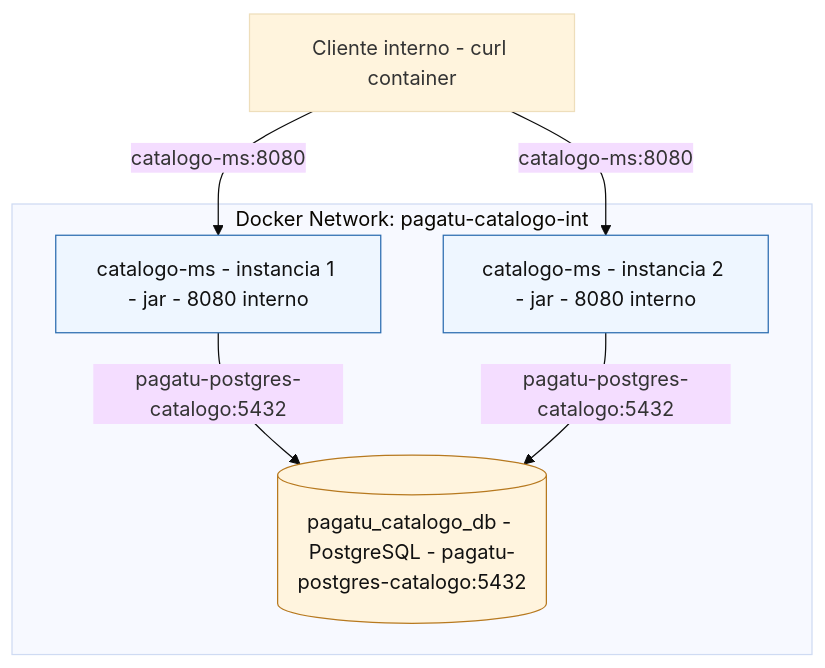
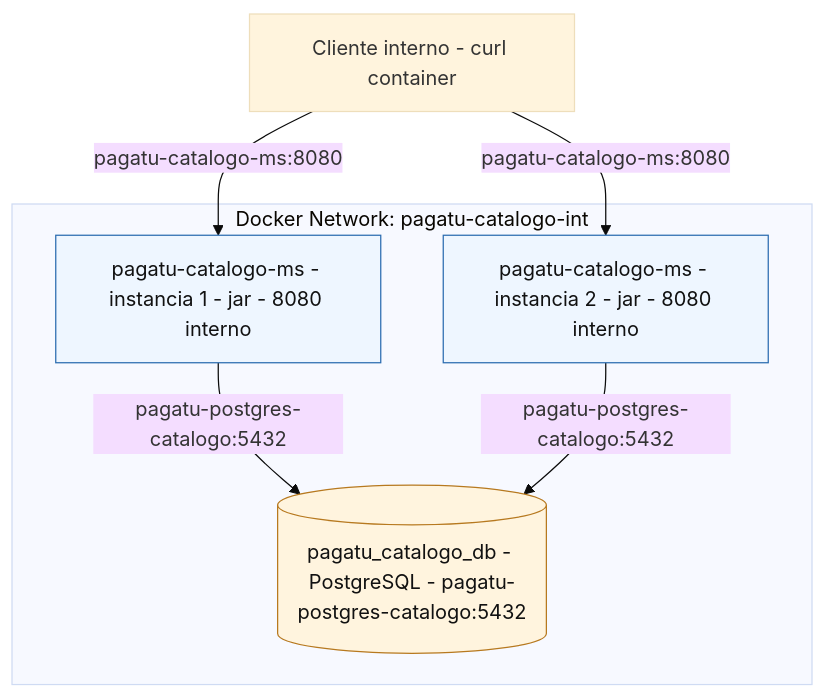
Before and after one commit to 262dist/pagatu: the fifth of 6 diagrams in docs/sesiones/S01_Construccion_Servicio_Base.md, drawn with Mermaid (base theme). The commit also changed other lines of this file and 13 other files, not shown here.

````diff
--- a/docs/sesiones/S01_Construccion_Servicio_Base.md
+++ b/docs/sesiones/S01_Construccion_Servicio_Base.md
@@ -208,19 +208,19 @@
 ```mermaid
 flowchart TB
     ProdClient["Cliente interno - curl container"]
     subgraph ProdDocker["Docker Network: pagatu-catalogo-int"]
-        ProdApp1["catalogo-ms - instancia 1 - jar - 8080 interno"]
-        ProdApp2["catalogo-ms - instancia 2 - jar - 8080 interno"]
+        ProdApp1["pagatu-catalogo-ms - instancia 1 - jar - 8080 interno"]
+        ProdApp2["pagatu-catalogo-ms - instancia 2 - jar - 8080 interno"]
         ProdDb[("pagatu_catalogo_db - PostgreSQL - pagatu-postgres-catalogo:5432")]
     end
 
-    ProdClient -->|"catalogo-ms:8080"| ProdApp1
-    ProdClient -->|"catalogo-ms:8080"| ProdApp2
+    ProdClient -->|"pagatu-catalogo-ms:8080"| ProdApp1
+    ProdClient -->|"pagatu-catalogo-ms:8080"| ProdApp2
     ProdApp1 -->|"pagatu-postgres-catalogo:5432"| ProdDb
     ProdApp2 -->|"pagatu-postgres-catalogo:5432"| ProdDb
 
     classDef app fill:#eef6ff,stroke:#2b6cb0,color:#111;
     classDef db fill:#fff4de,stroke:#b7791f,color:#111;
     class ProdApp1,ProdApp2 app;
     class ProdDb db;
 ```
````
